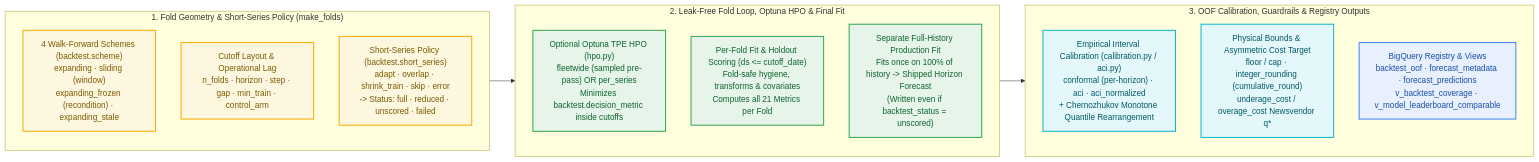
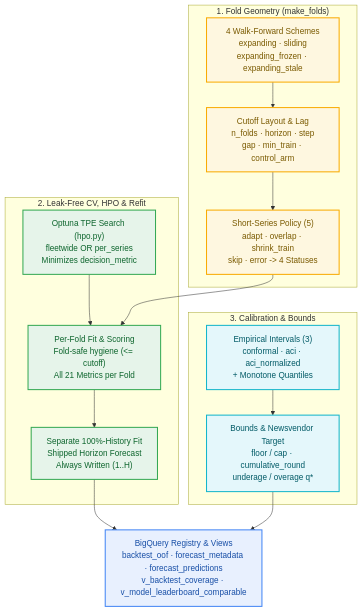
The first of 2 diagrams in docs/backtesting.md (statmike/scale-forecasting), drawn with Mermaid before and after one commit. The commit also changed 14 other files, not shown here.

Commit message:
docs(mermaid): reconfigure wide diagrams to vertical TD layout with concise labels

````diff
--- a/docs/backtesting.md
+++ b/docs/backtesting.md
@@ -20,34 +20,36 @@
 ```mermaid
-flowchart LR
-    subgraph FOLDS["1. Fold Geometry & Short-Series Policy (make_folds)"]
-        direction TB
-        F_SCH["4 Walk-Forward Schemes (backtest.scheme)<br/>expanding · sliding (window)<br/>expanding_frozen (recondition) · expanding_stale"]
-        F_GRID["Cutoff Layout & Operational Lag<br/>n_folds · horizon · step · gap · min_train · control_arm"]
-        F_SHORT["Short-Series Policy (backtest.short_series)<br/>adapt · overlap · shrink_train · skip · error<br/>-> Status: full · reduced · unscored · failed"]
+flowchart TD
+    subgraph FOLDS["1. Fold Geometry (make_folds)"]
+        F_SCH["4 Walk-Forward Schemes<br/>expanding · sliding<br/>expanding_frozen · expanding_stale"]
+        F_GRID["Cutoff Layout & Lag<br/>n_folds · horizon · step<br/>gap · min_train · control_arm"]
+        F_SHORT["Short-Series Policy (5)<br/>adapt · overlap · shrink_train<br/>skip · error -> 4 Statuses"]
+        F_SCH --> F_GRID --> F_SHORT
     end
 
-    subgraph EXEC["2. Leak-Free Fold Loop, Optuna HPO & Final Fit"]
-        direction TB
-        E_HPO["Optional Optuna TPE HPO (hpo.py)<br/>fleetwide (sampled pre-pass) OR per_series<br/>Minimizes backtest.decision_metric inside cutoffs"]
-        E_OOF["Per-Fold Fit & Holdout Scoring (ds <= cutoff_date)<br/>Fold-safe hygiene, transforms & covariates<br/>Computes all 21 Metrics per Fold"]
-        E_SHIP["Separate Full-History Production Fit<br/>Fits once on 100% of history -> Shipped Horizon Forecast<br/>(Written even if backtest_status = unscored)"]
+    subgraph EXEC["2. Leak-Free CV, HPO & Refit"]
+        E_HPO["Optuna TPE Search (hpo.py)<br/>fleetwide OR per_series<br/>Minimizes decision_metric"]
+        E_OOF["Per-Fold Fit & Scoring<br/>Fold-safe hygiene (<= cutoff)<br/>All 21 Metrics per Fold"]
+        E_SHIP["Separate 100%-History Fit<br/>Shipped Horizon Forecast<br/>Always Written (1..H)"]
+        E_HPO --> E_OOF --> E_SHIP
     end
 
-    subgraph CAL["3. OOF Calibration, Guardrails & Registry Outputs"]
-        direction TB
-        C_INT["Empirical Interval Calibration (calibration.py / aci.py)<br/>conformal (per-horizon) · aci · aci_normalized<br/>+ Chernozhukov Monotone Quantile Rearrangement"]
-        C_POL["Physical Bounds & Asymmetric Cost Target<br/>floor / cap · integer_rounding (cumulative_round)<br/>underage_cost / overage_cost Newsvendor q*"]
-        C_OUT["BigQuery Registry & Views<br/>backtest_oof · forecast_metadata · forecast_predictions<br/>v_backtest_coverage · v_model_leaderboard_comparable"]
+    subgraph CAL["3. Calibration & Bounds"]
+        C_INT["Empirical Intervals (3)<br/>conformal · aci · aci_normalized<br/>+ Monotone Quantiles"]
+        C_POL["Bounds & Newsvendor Target<br/>floor / cap · cumulative_round<br/>underage / overage q*"]
+        C_INT --> C_POL
     end
 
-    FOLDS --> EXEC --> CAL
+    C_OUT["BigQuery Registry & Views<br/>backtest_oof · forecast_metadata · forecast_predictions<br/>v_backtest_coverage · v_model_leaderboard_comparable"]
+
+    F_SHORT --> E_OOF
+    E_SHIP & C_POL --> C_OUT
 
     classDef data fill:#E8F0FE,stroke:#4285F4,stroke-width:2px,color:#174EA6
     classDef config fill:#FEF7E0,stroke:#F9AB00,stroke-width:2px,color:#7A5A00
     classDef compute fill:#E6F4EA,stroke:#34A853,stroke-width:2px,color:#0D652D
     classDef decision fill:#E4F7FB,stroke:#12B5CB,stroke-width:2px,color:#005A66
     class F_SCH,F_GRID,F_SHORT config
     class E_HPO,E_OOF,E_SHIP compute
     class C_INT,C_POL decision
     class C_OUT data
 ```
````
